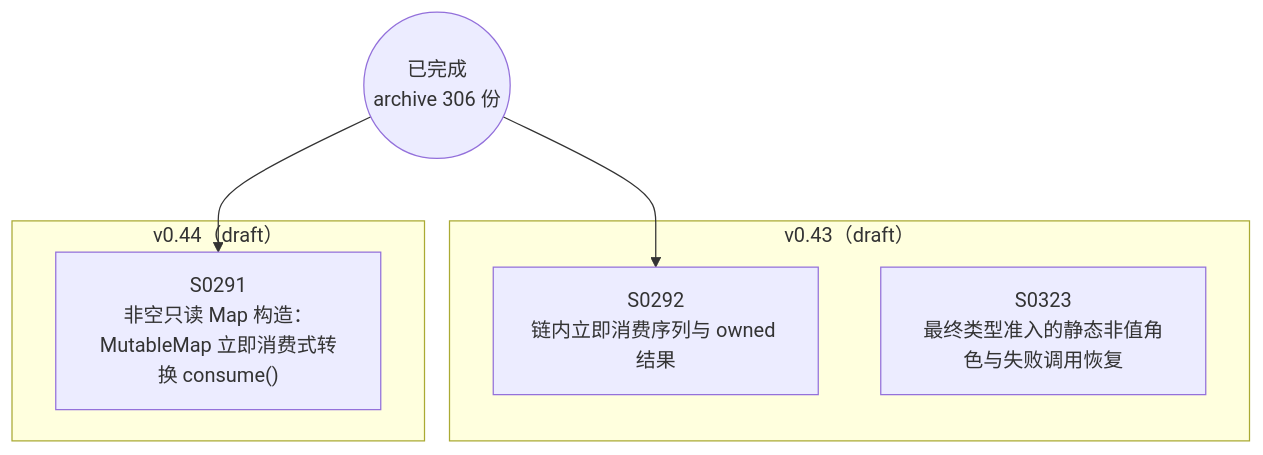
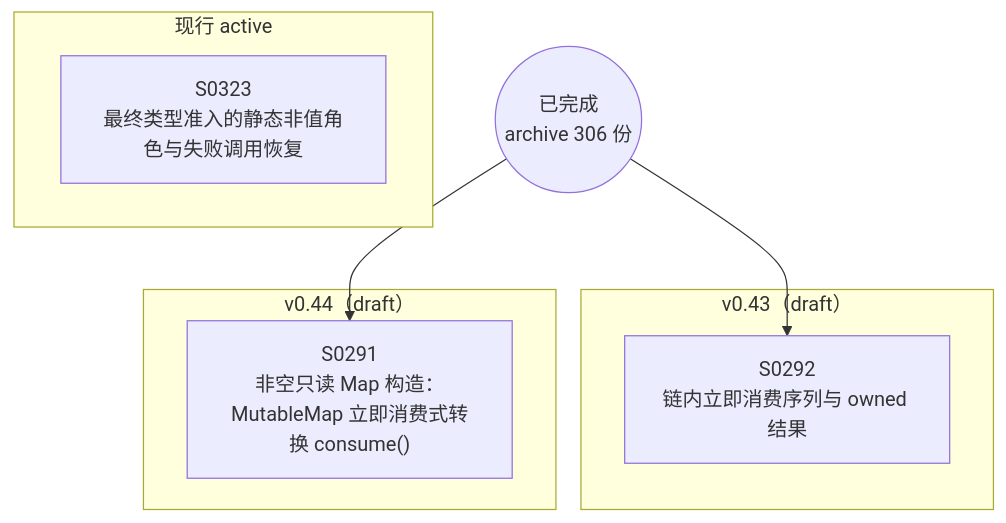
One commit to Halckon/Koven changed the diagram in docs/specs/dependency-graph.md. Above: the diagram before and after it, drawn with Mermaid. The commit also changed other lines of this file and 10 other files, not shown here.

````diff
--- a/docs/specs/dependency-graph.md
+++ b/docs/specs/dependency-graph.md
@@ -9,13 +9,15 @@
 ```mermaid
 flowchart TD
 ARCH(("已完成<br/>archive 306 份"))
+subgraph Gactive["现行 active"]
+  S0323["S0323<br/>最终类型准入的静态非值角色与失败调用恢复"]
+end
 subgraph Gdrafts_v043["v0.43（draft）"]
   S0292["S0292<br/>链内立即消费序列与 owned 结果"]
-  S0323["S0323<br/>最终类型准入的静态非值角色与失败调用恢复"]
 end
 subgraph Gdrafts_v044["v0.44（draft）"]
   S0291["S0291<br/>非空只读 Map 构造：MutableMap 立即消费式转换 consume()"]
 end
 ARCH --> S0291
 ARCH --> S0292
 ```
````
